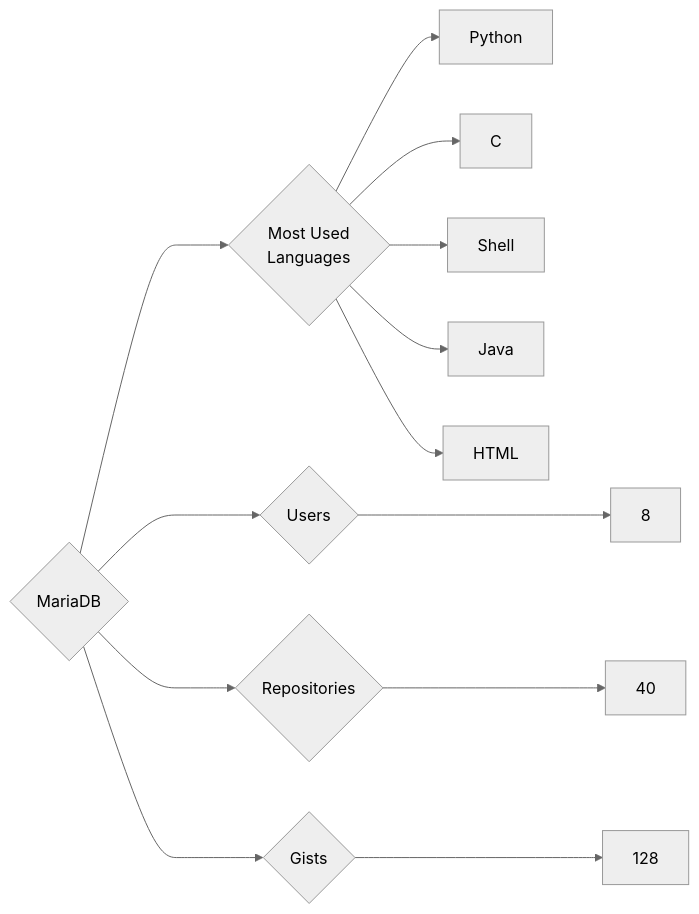
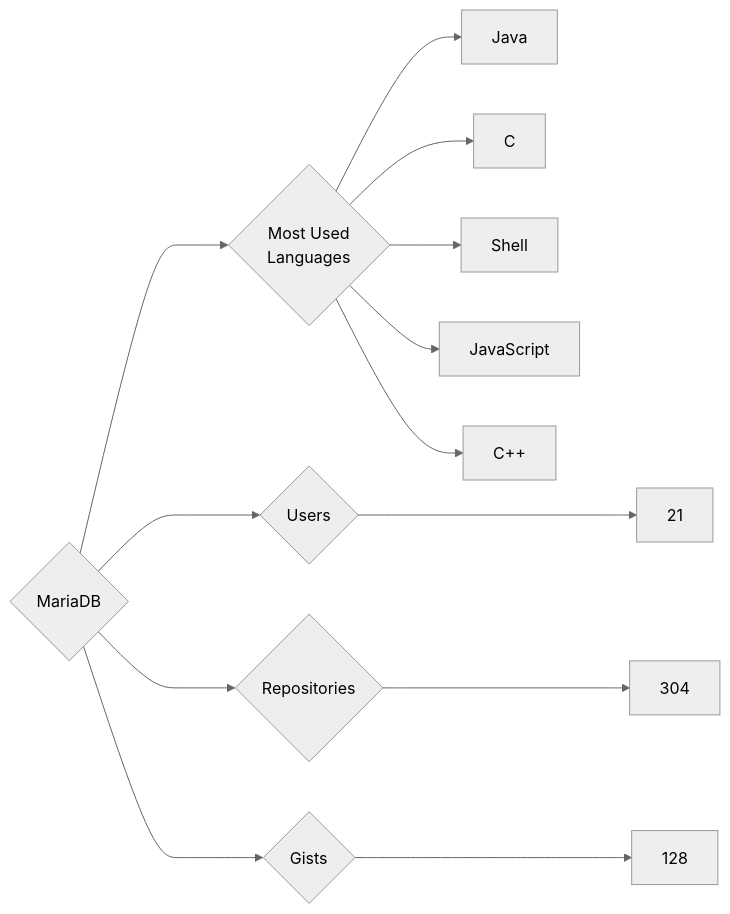
One commit to trickest/insiders changed the diagram in targets/MariaDB/README.md. Above: the diagram before and after it, drawn with Mermaid (neutral theme). The commit also changed 934 other files, not shown here.

````diff
--- a/targets/MariaDB/README.md
+++ b/targets/MariaDB/README.md
@@ -3,13 +3,13 @@
 ```mermaid
 graph LR
 COMPANY_NAME{MariaDB}
-COMPANY_NAME ---> U{Users} ---> UN[8]
-COMPANY_NAME ---> R{Repositories} ---> RN[40]
+COMPANY_NAME ---> U{Users} ---> UN[21]
+COMPANY_NAME ---> R{Repositories} ---> RN[304]
 COMPANY_NAME ---> G{Gists} ---> GN[128]
 COMPANY_NAME ---> ML{Most Used<br>Languages}
-ML --> Python[Python]
+ML --> Java[Java]
 ML --> C[C]
 ML --> Shell[Shell]
-ML --> Java[Java]
-ML --> HTML[HTML]
+ML --> JavaScript[JavaScript]
+ML --> C++[C++]
 ```
````
